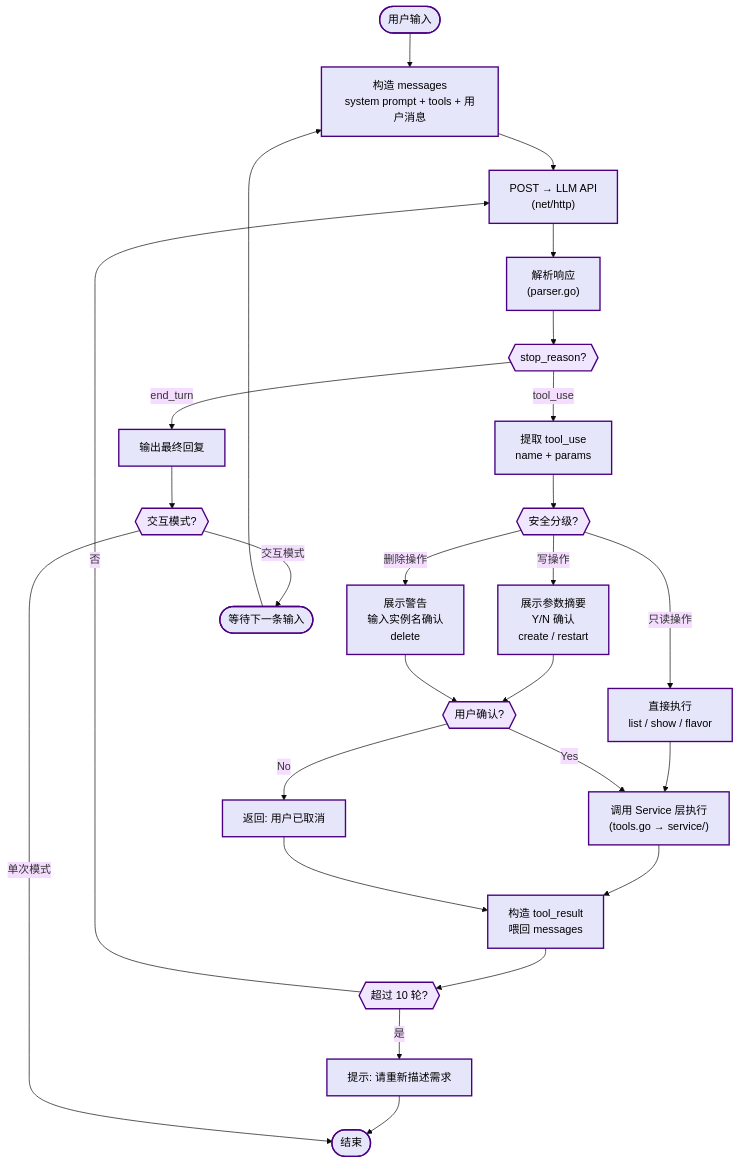
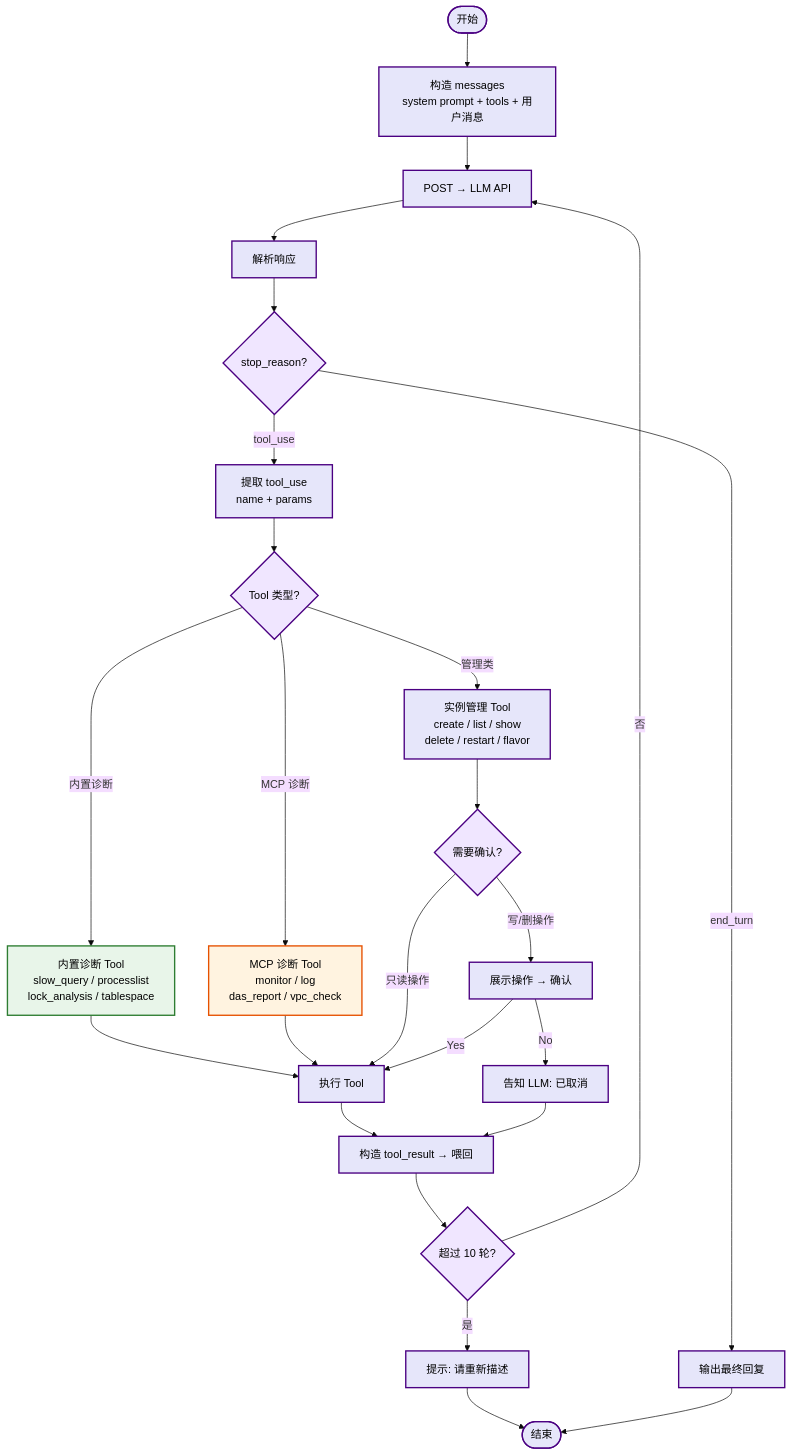
Before and after one commit to youweichen0208/blog: diagram 11 of 15 in docs/projects/cli-agent/index.md, drawn with Mermaid (base theme). The commit also changed other lines of this file, not shown here.

Commit message:
openTaurus cli架构图

````diff
--- a/docs/projects/cli-agent/index.md
+++ b/docs/projects/cli-agent/index.md
@@ -557,65 +619,58 @@
 ```mermaid
 graph TD
-    START(["用户输入"])
+    START(["开始"])
     BUILD["构造 messages<br/>system prompt + tools + 用户消息"]
-    CALL_LLM["POST → LLM API<br/>(net/http)"]
-    PARSE["解析响应<br/>(parser.go)"]
-    CHECK{{"stop_reason?"}}
+    CALL["POST → LLM API"]
+    PARSE["解析响应"]
+    CHECK{"stop_reason?"}
     EXTRACT["提取 tool_use<br/>name + params"]
-    CLASSIFY{{"安全分级?"}}
-    EXEC_DIRECT["直接执行<br/>list / show / flavor"]
-    CONFIRM_YN["展示参数摘要<br/>Y/N 确认<br/>create / restart"]
-    CONFIRM_STRONG["展示警告<br/>输入实例名确认<br/>delete"]
-    APPROVED{{"用户确认?"}}
-    EXECUTE["调用 Service 层执行<br/>(tools.go → service/)"]
-    CANCEL["返回: 用户已取消"]
-    FEED["构造 tool_result<br/>喂回 messages"]
+    CLASSIFY{"Tool 类型?"}
+    MANAGE["实例管理 Tool<br/>create / list / show<br/>delete / restart / flavor"]
+    DIAG_BUILTIN["内置诊断 Tool<br/>slow_query / processlist<br/>lock_analysis / tablespace"]
+    DIAG_MCP["MCP 诊断 Tool<br/>monitor / log<br/>das_report / vpc_check"]
+    SAFE{"需要确认?"}
+    EXECUTE["执行 Tool"]
+    CONFIRM_OP["展示操作 → 确认"]
+    CANCEL["告知 LLM: 已取消"]
+    FEED["构造 tool_result → 喂回"]
+    MAX{"超过 10 轮?"}
     OUTPUT["输出最终回复"]
-    MULTI{{"交互模式?"}}
-    NEXT_INPUT(["等待下一条输入"])
-    DONE(["结束"])
-    MAX{{"超过 10 轮?"}}
-    MAX_MSG["提示: 请重新描述需求"]
+    TIMEOUT["提示: 请重新描述"]
+    END(["结束"])
 
     START --> BUILD
-    BUILD --> CALL_LLM
-    CALL_LLM --> PARSE
+    BUILD --> CALL
+    CALL --> PARSE
     PARSE --> CHECK
-
     CHECK -->|"end_turn"| OUTPUT
     CHECK -->|"tool_use"| EXTRACT
-
     EXTRACT --> CLASSIFY
-
-    CLASSIFY -->|"只读操作"| EXEC_DIRECT
-    CLASSIFY -->|"写操作"| CONFIRM_YN
-    CLASSIFY -->|"删除操作"| CONFIRM_STRONG
-
-    EXEC_DIRECT --> EXECUTE
-    CONFIRM_YN --> APPROVED
-    CONFIRM_STRONG --> APPROVED
-
-    APPROVED -->|"Yes"| EXECUTE
-    APPROVED -->|"No"| CANCEL
-
+    CLASSIFY -->|"管理类"| MANAGE
+    CLASSIFY -->|"内置诊断"| DIAG_BUILTIN
+    CLASSIFY -->|"MCP 诊断"| DIAG_MCP
+    MANAGE --> SAFE
+    DIAG_BUILTIN --> EXECUTE
+    DIAG_MCP --> EXECUTE
+    SAFE -->|"只读操作"| EXECUTE
+    SAFE -->|"写/删操作"| CONFIRM_OP
+    CONFIRM_OP -->|"Yes"| EXECUTE
+    CONFIRM_OP -->|"No"| CANCEL
     EXECUTE --> FEED
     CANCEL --> FEED
-
     FEED --> MAX
-    MAX -->|"否"| CALL_LLM
-    MAX -->|"是"| MAX_MSG
-    MAX_MSG --> DONE
-
-    OUTPUT --> MULTI
-    MULTI -->|"交互模式"| NEXT_INPUT
-    MULTI -->|"单次模式"| DONE
-    NEXT_INPUT --> BUILD
+    MAX -->|"否"| CALL
+    MAX -->|"是"| TIMEOUT
+    TIMEOUT --> END
+    OUTPUT --> END
 
     classDef nodeStyle fill:#E6E6FA,stroke:#4B0082,stroke-width:2px,color:#000
     classDef decisionStyle fill:#F0E6FF,stroke:#4B0082,stroke-width:2px,color:#000
+    classDef diagStyle fill:#E8F5E9,stroke:#2E7D32,stroke-width:2px,color:#000
+    classDef mcpStyle fill:#FFF3E0,stroke:#E65100,stroke-width:2px,color:#000
 
-    class START,DONE,NEXT_INPUT nodeStyle
-    class BUILD,CALL_LLM,PARSE,EXTRACT,EXECUTE,FEED,OUTPUT nodeStyle
-    class CHECK,CLASSIFY,APPROVED,MULTI,MAX decisionStyle
-    class EXEC_DIRECT,CONFIRM_YN,CONFIRM_STRONG,CANCEL,MAX_MSG nodeStyle
+    class START,BUILD,CALL,PARSE,EXTRACT,MANAGE,EXECUTE,CANCEL,FEED,OUTPUT,TIMEOUT,END nodeStyle
+    class CHECK,CLASSIFY,SAFE,MAX decisionStyle
+    class DIAG_BUILTIN diagStyle
+    class DIAG_MCP mcpStyle
+    class CONFIRM_OP nodeStyle
 ```
````
